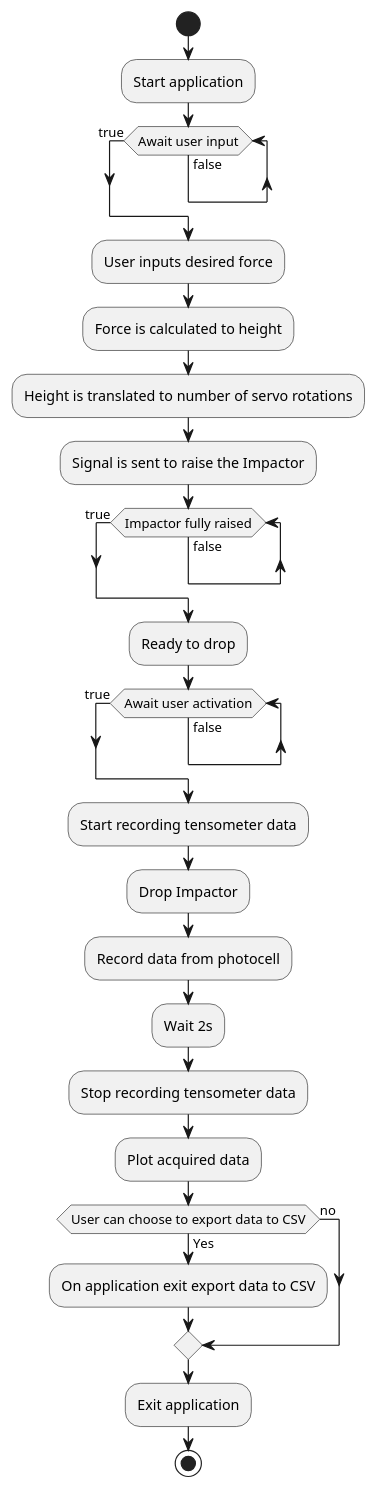
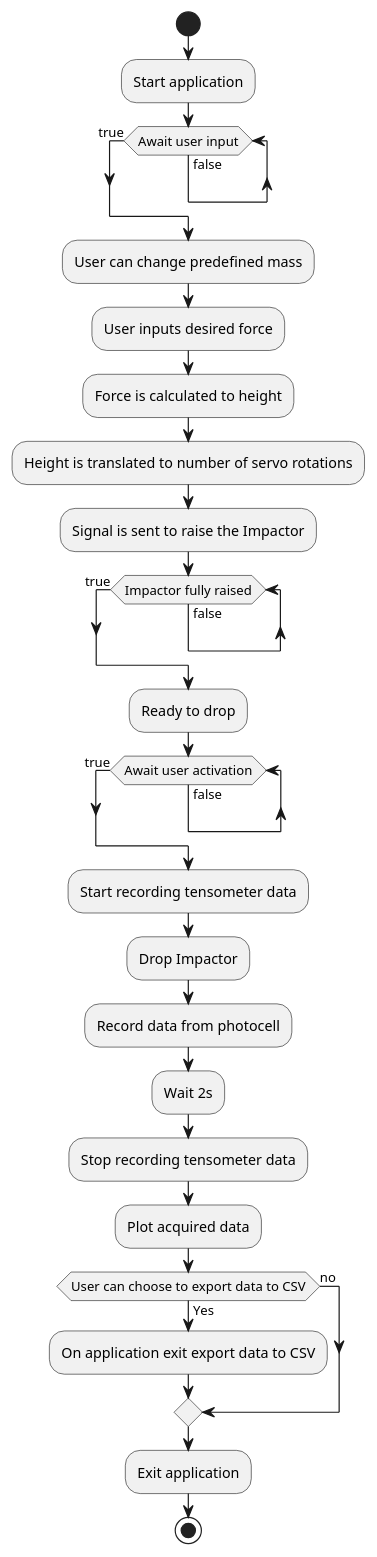
Before and after one commit to OlaffoJaszczur/Test_rig_for_impact: the diagram in flow_chart.puml, drawn with PlantUML.

Commit message:
uml dome

```diff
--- a/flow_chart.puml
+++ b/flow_chart.puml
@@ -1,63 +1,64 @@
 @startuml
 'https://plantuml.com/activity-diagram-beta
 
 /'start
 :ClickServlet.handleRequest();
 :new page;
 if (Page.onSecurityCheck) then (true)
   :Page.onInit();
   if (isForward?) then (no)
     :Process controls;
     if (continue processing?) then (no)
       stop
     endif
 
     if (isPost?) then (yes)
       :Page.onPost();
     else (no)
       :Page.onGet();
     endif
     :Page.onRender();
   endif
 else (false)
 endif
 
 if (do redirect?) then (yes)
   :redirect process;
 else
   if (do forward?) then (yes)
     :Forward request;
   else (no)
     :Render page template;
   endif
 endif
 
 stop'/
 
 start
 :Start application;
 while (Await user input) is (false)
 endwhile (true)
+:User can change predefined mass;
 :User inputs desired force;
 :Force is calculated to height;
 :Height is translated to number of servo rotations;
 :Signal is sent to raise the Impactor;
 while (Impactor fully raised) is (false)
 endwhile (true)
 :Ready to drop;
 while (Await user activation) is (false)
 endwhile (true)
 :Start recording tensometer data;
 :Drop Impactor;
 :Record data from photocell;
 :Wait 2s;
 :Stop recording tensometer data;
 :Plot acquired data;
 if (User can choose to export data to CSV) then (Yes)
 :On application exit export data to CSV;
 else (no)
 endif
 :Exit application;
 stop
 
 @enduml
```
